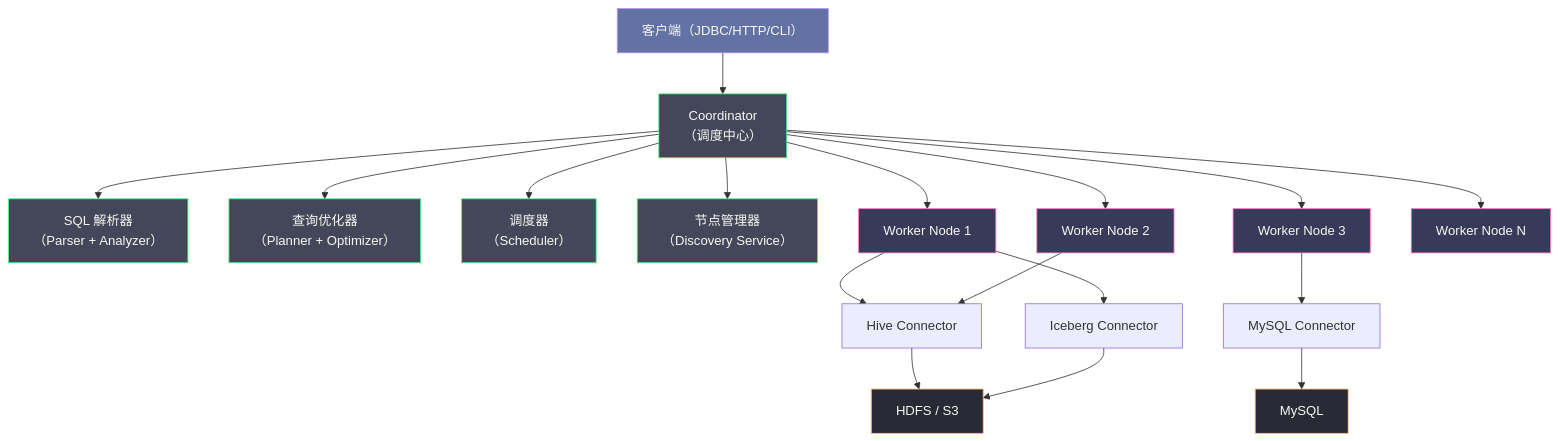
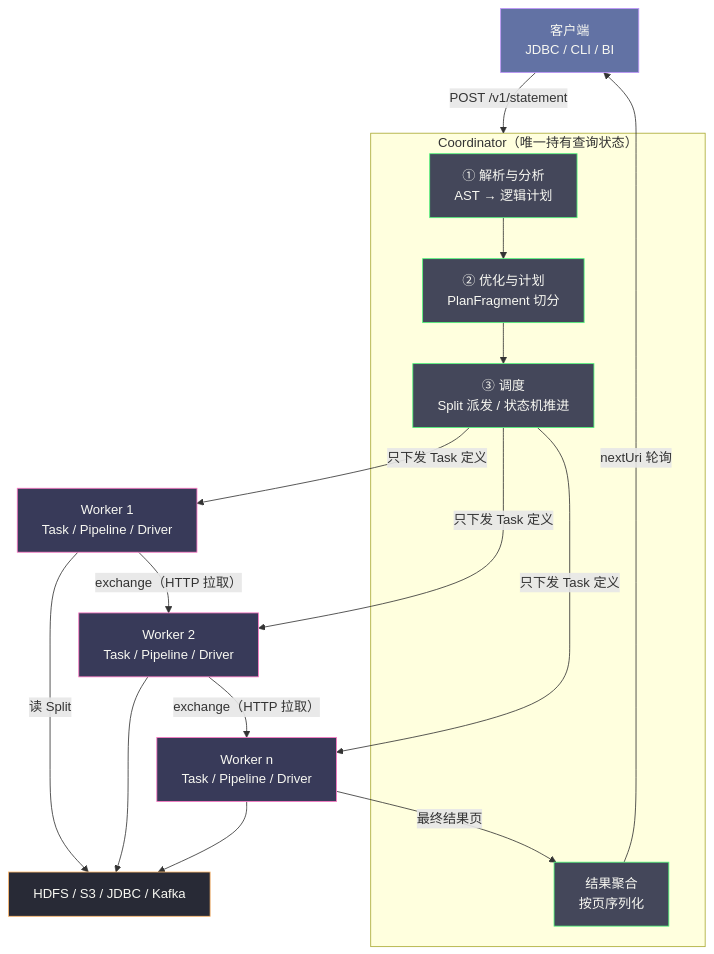
Before and after one commit to hpliStartAgain/my-brain: the first of 5 diagrams in content/中间件/Trino/01 Trino 全局架构——Coordinator Worker 与 MPP 执行.md, drawn with Mermaid. The commit also changed other lines of this file and 455 other files, not shown here.

````diff
--- a/content/中间件/Trino/01 Trino 全局架构——Coordinator Worker 与 MPP 执行.md
+++ b/content/中间件/Trino/01 Trino 全局架构——Coordinator Worker 与 MPP 执行.md
@@ -58,33 +69,38 @@
 ```mermaid
-graph TD
+%%{init: {'theme': 'dracula'}}%%
+flowchart TD
     classDef client fill:#6272a4,stroke:#bd93f9,color:#f8f8f2
     classDef coord fill:#44475a,stroke:#50fa7b,color:#f8f8f2
     classDef worker fill:#383a59,stroke:#ff79c6,color:#f8f8f2
-    classDef storage fill:#282a36,stroke:#ffb86c,color:#f8f8f2
+    classDef store fill:#282a36,stroke:#ffb86c,color:#f8f8f2
 
-    CLI["客户端（JDBC/HTTP/CLI）"] --> CO["Coordinator<br/>（调度中心）"]
+    C["客户端<br/>JDBC / CLI / BI"]
 
-    CO --> CO_MOD1["SQL 解析器<br/>（Parser + Analyzer）"]
-    CO --> CO_MOD2["查询优化器<br/>（Planner + Optimizer）"]
-    CO --> CO_MOD3["调度器<br/>（Scheduler）"]
-    CO --> CO_MOD4["节点管理器<br/>（Discovery Service）"]
+    subgraph CO["Coordinator（唯一持有查询状态）"]
+        P["① 解析与分析<br/>AST → 逻辑计划"]
+        O["② 优化与计划<br/>PlanFragment 切分"]
+        S["③ 调度<br/>Split 派发 / 状态机推进"]
+        R["结果聚合<br/>按页序列化"]
+        P --> O --> S
+    end
 
-    CO --> W1["Worker Node 1"]
-    CO --> W2["Worker Node 2"]
-    CO --> W3["Worker Node 3"]
-    CO --> WN["Worker Node N"]
+    C -->|"POST /v1/statement"| CO
 
-    W1 --> CONN1["Hive Connector"]
-    W1 --> CONN2["Iceberg Connector"]
-    W2 --> CONN1
-    W3 --> CONN3["MySQL Connector"]
+    S -->|"只下发 Task 定义"| W1["Worker 1<br/>Task / Pipeline / Driver"]
+    S -->|"只下发 Task 定义"| W2["Worker 2<br/>Task / Pipeline / Driver"]
+    S -->|"只下发 Task 定义"| W3["Worker n<br/>Task / Pipeline / Driver"]
 
-    CONN1 --> HDFS["HDFS / S3"]
-    CONN2 --> HDFS
-    CONN3 --> MySQL["MySQL"]
+    W1 -->|"读 Split"| ST["HDFS / S3 / JDBC / Kafka"]
+    W2 --> ST
+    W3 --> ST
 
-    class CLI client
-    class CO,CO_MOD1,CO_MOD2,CO_MOD3,CO_MOD4 coord
-    class W1,W2,W3,WN worker
-    class HDFS,MySQL storage
+    W1 -->|"exchange（HTTP 拉取）"| W2
+    W2 -->|"exchange（HTTP 拉取）"| W3
+    W3 -->|"最终结果页"| R
+    R -->|"nextUri 轮询"| C
+
+    class C client
+    class P,O,S,R coord
+    class W1,W2,W3 worker
+    class ST store
 ```
````
